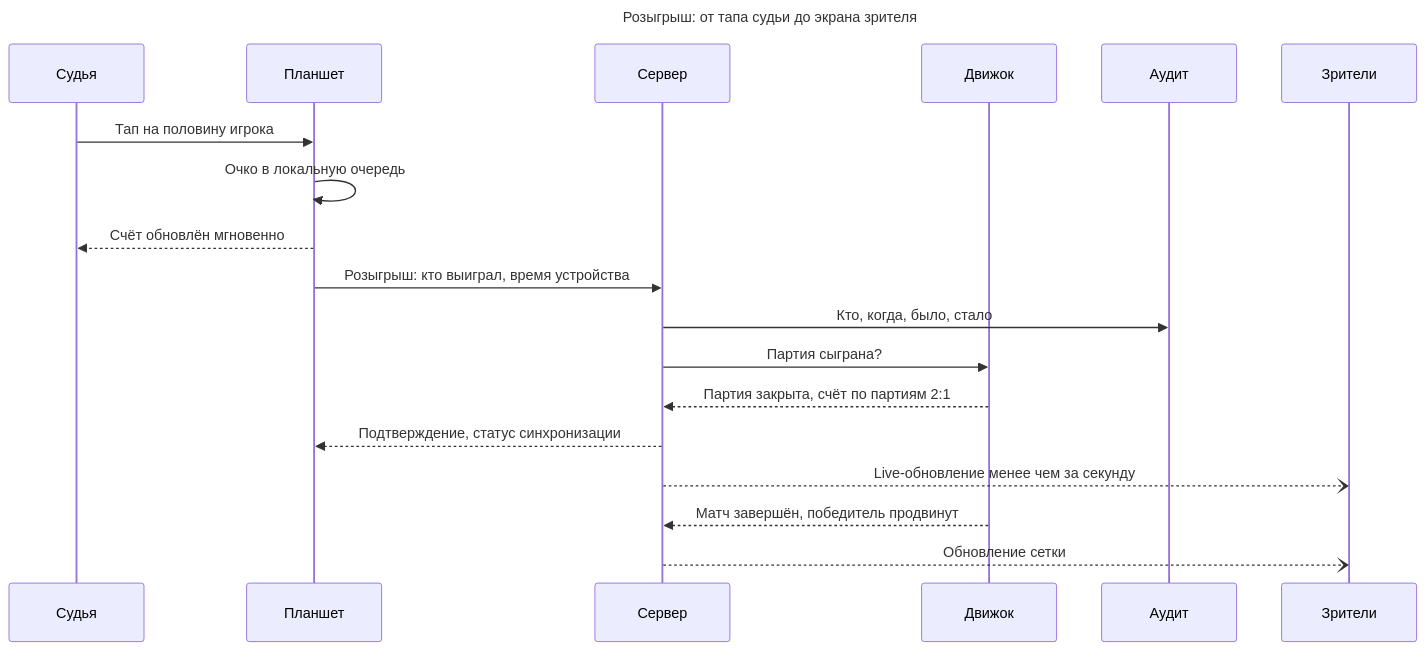
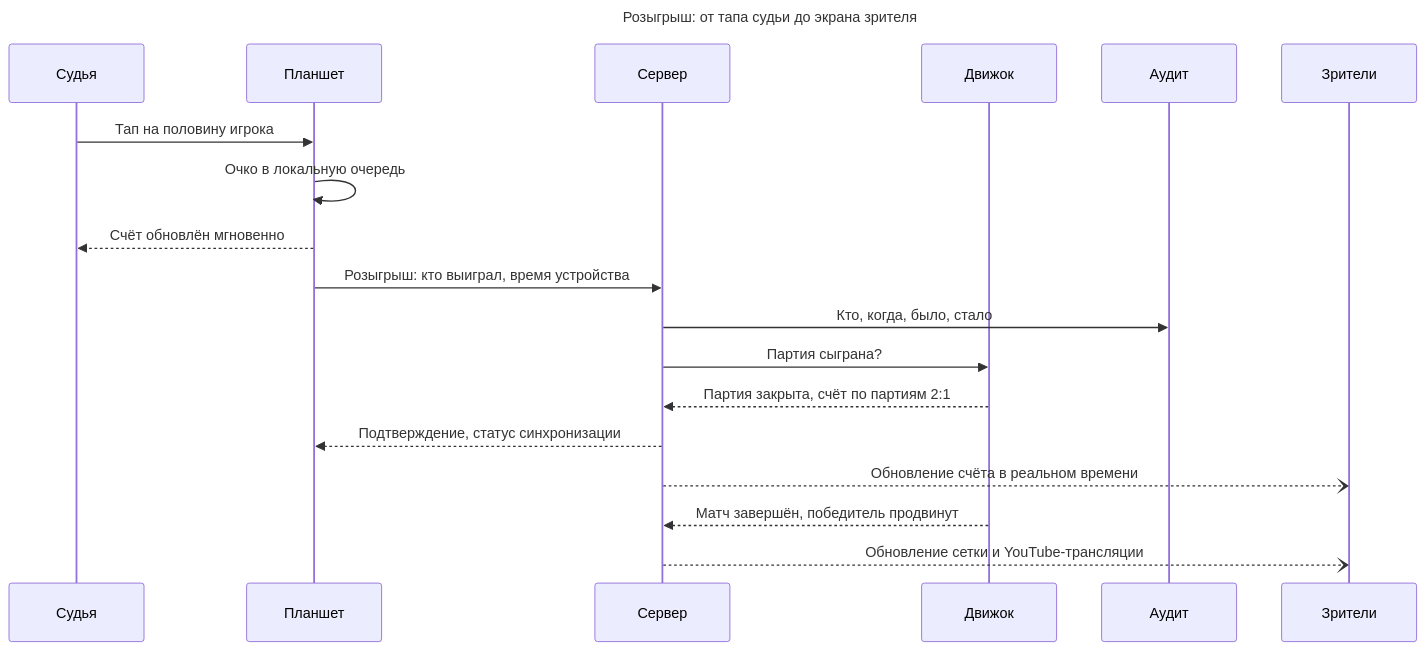
Before and after one commit to AssylanAkhanuly/tt_tournament: the tenth of 10 diagrams in USERFLOW.md, drawn with Mermaid. The commit also changed other lines of this file and 23 other files, not shown here.

First line of the commit message:
docs: привести архитектуру и user flow в соответствие с финальным ТЗ

````diff
--- a/USERFLOW.md
+++ b/USERFLOW.md
@@ -520,22 +506,22 @@
 ```mermaid
 sequenceDiagram
     title Розыгрыш: от тапа судьи до экрана зрителя
     participant Судья
     participant Планшет
     participant Сервер
     participant Движок
     participant Аудит
     participant Зрители
 
     Судья->>Планшет: Тап на половину игрока
     Планшет->>Планшет: Очко в локальную очередь
     Планшет-->>Судья: Счёт обновлён мгновенно
     Планшет->>Сервер: Розыгрыш: кто выиграл, время устройства
     Сервер->>Аудит: Кто, когда, было, стало
     Сервер->>Движок: Партия сыграна?
     Движок-->>Сервер: Партия закрыта, счёт по партиям 2:1
     Сервер-->>Планшет: Подтверждение, статус синхронизации
-    Сервер--)Зрители: Live-обновление менее чем за секунду
+    Сервер--)Зрители: Обновление счёта в реальном времени
     Движок-->>Сервер: Матч завершён, победитель продвинут
-    Сервер--)Зрители: Обновление сетки
+    Сервер--)Зрители: Обновление сетки и YouTube-трансляции
 ```
````
